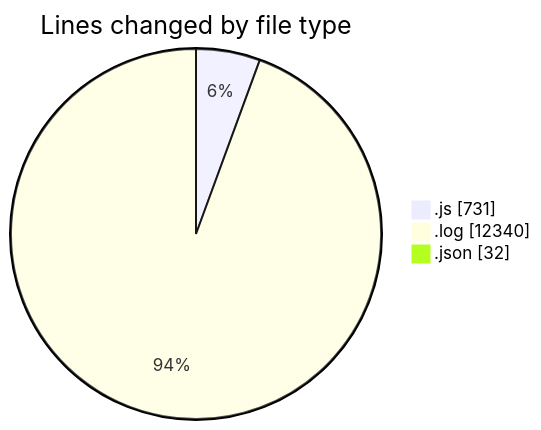
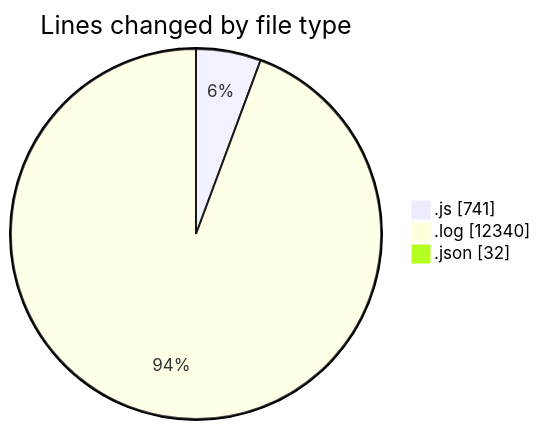
One commit to nxtqubesakshisongat/code-tracking changed the first of 2 diagrams in 2025-04-15/nxtqube_webapp/README.md. Above: the diagram before and after it, drawn with Mermaid. The commit also changed other lines of this file and 1 other file, not shown here.

````diff
--- a/2025-04-15/nxtqube_webapp/README.md
+++ b/2025-04-15/nxtqube_webapp/README.md
@@ -30,7 +30,7 @@
 ```mermaid
 pie showData
 title Lines changed by file type
-".js" : 731
+".js" : 741
 ".log" : 12340
 ".json" : 32
 ```
````
